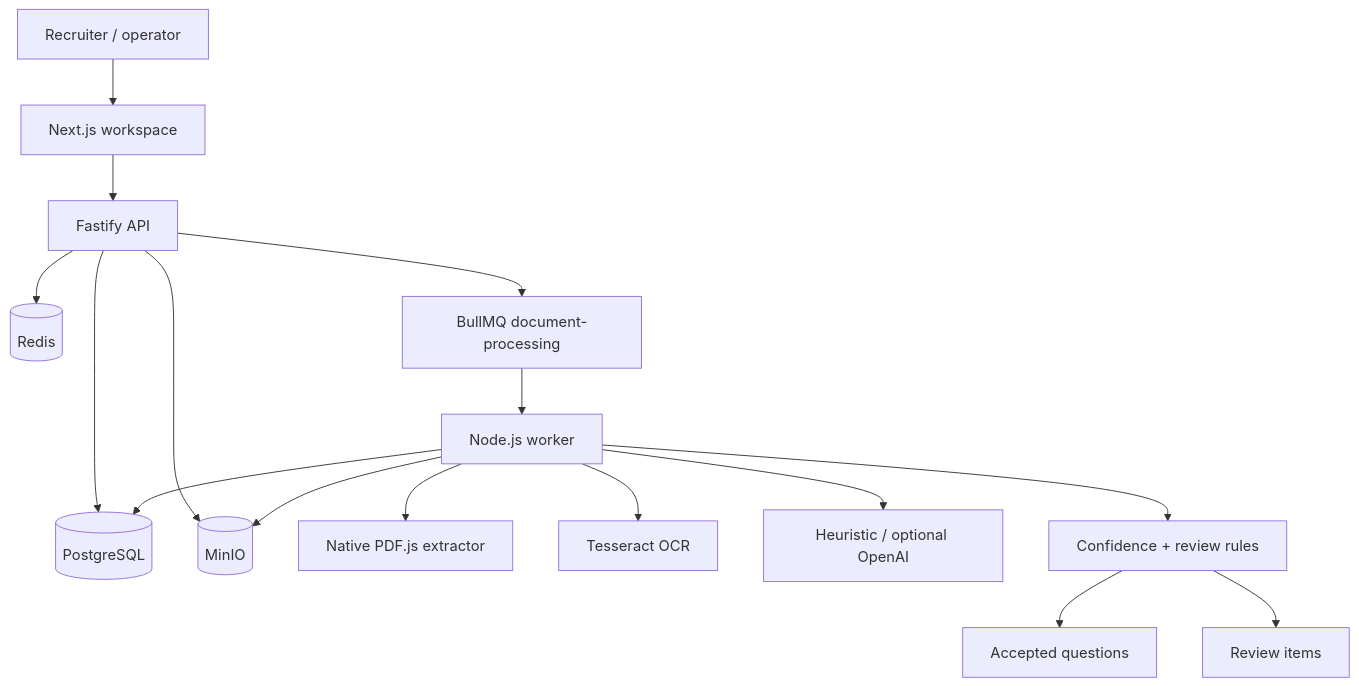
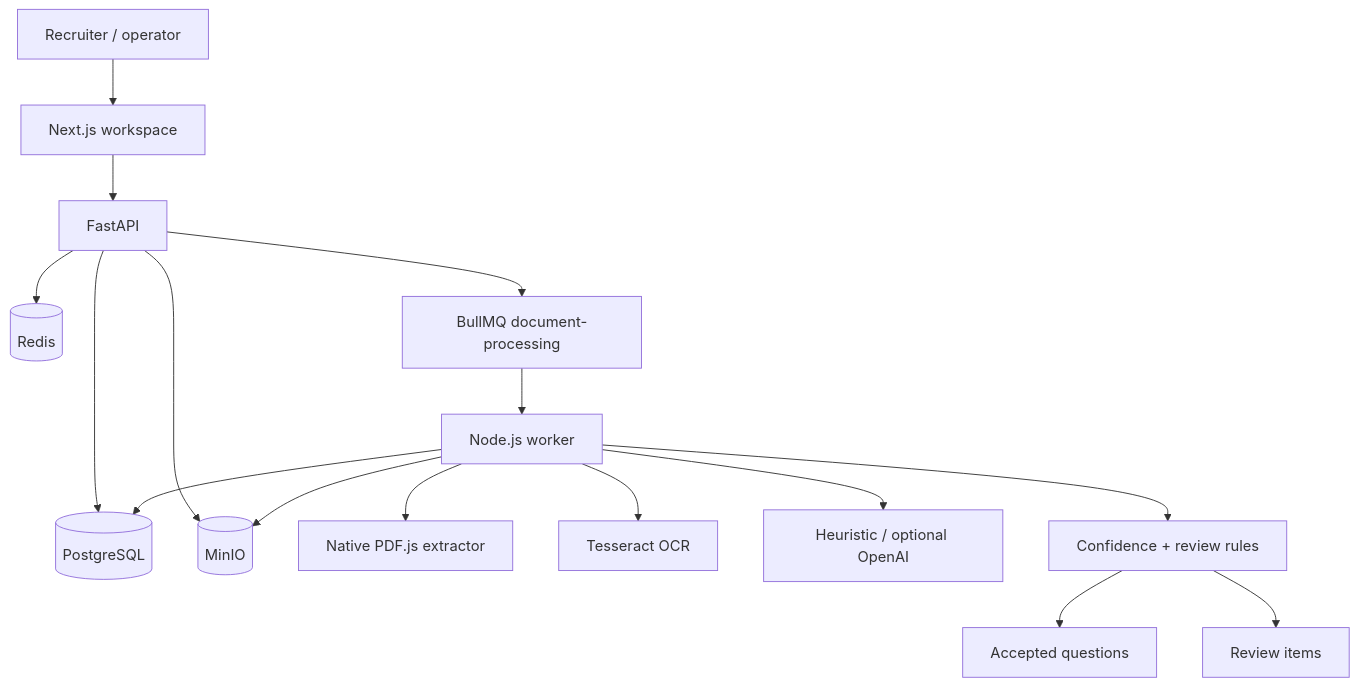
One commit to Ganesh2325/Document-Intelligence-Question-Extraction-Service changed the diagram in docs/architecture.md. Above: the diagram before and after it, drawn with Mermaid. The commit also changed other lines of this file and 52 other files, not shown here.

First line of the commit message:
Switch the API layer to FastAPI as required by the problem statement.

````diff
--- a/docs/architecture.md
+++ b/docs/architecture.md
@@ -5,18 +5,18 @@
 ```mermaid
 flowchart TD
   user[Recruiter / operator] --> web[Next.js workspace]
-  web --> api[Fastify API]
+  web --> api[FastAPI]
   api --> pg[(PostgreSQL)]
   api --> redis[(Redis)]
   api --> minio[(MinIO)]
   api --> queue[BullMQ document-processing]
   queue --> worker[Node.js worker]
   worker --> pg
   worker --> minio
   worker --> text[Native PDF.js extractor]
   worker --> ocr[Tesseract OCR]
   worker --> ai[Heuristic / optional OpenAI]
   worker --> confidence[Confidence + review rules]
   confidence --> accepted[Accepted questions]
   confidence --> review[Review items]
 ```
````
